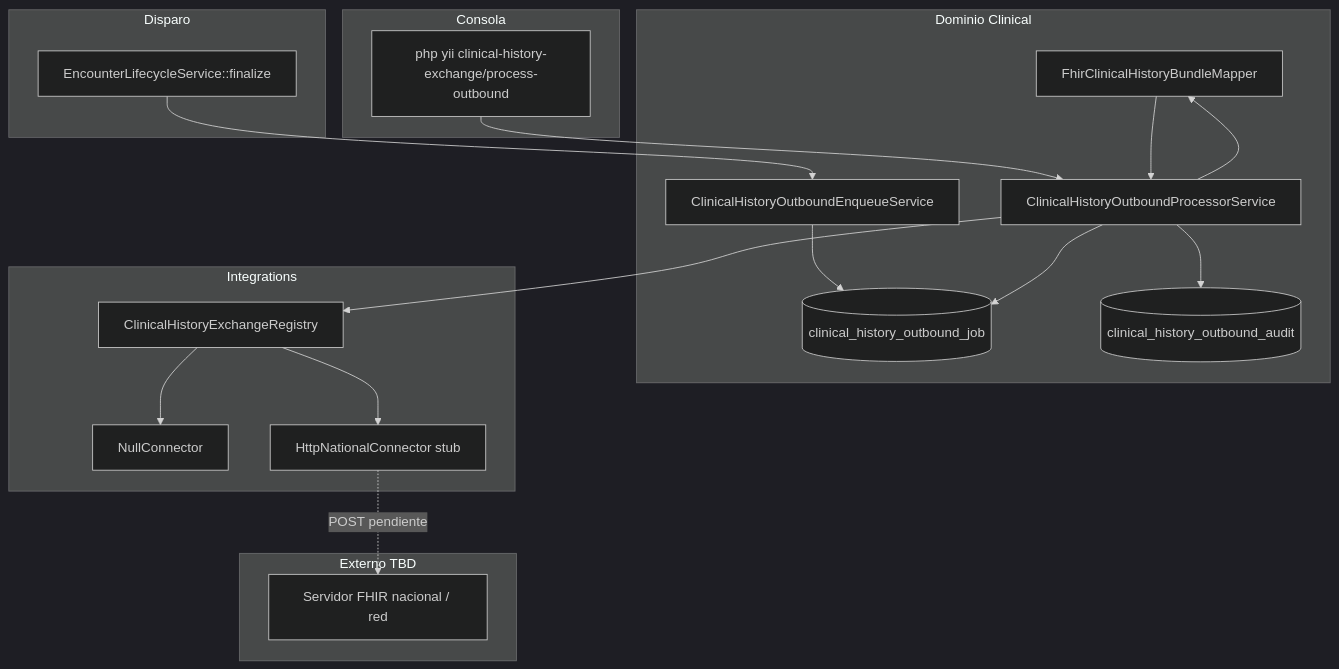
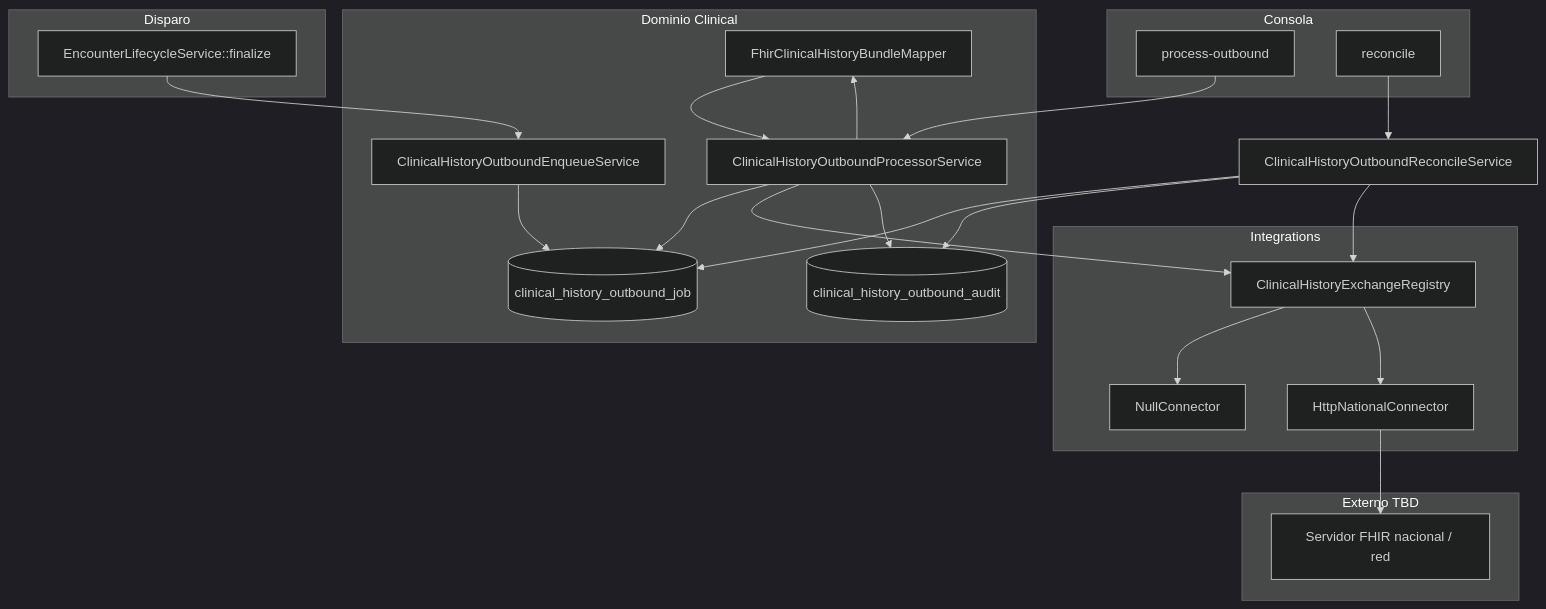
The diagram in web/docs/plans/interoperabilidad-historia-clinica/design.md (luischanferoni/bioenlace), drawn with Mermaid (dark theme) before and after one commit. The commit also changed other lines of this file and 5 other files, not shown here.

````diff
--- a/web/docs/plans/interoperabilidad-historia-clinica/design.md
+++ b/web/docs/plans/interoperabilidad-historia-clinica/design.md
@@ -15,36 +15,41 @@
 ```mermaid
 flowchart TB
   subgraph trigger [Disparo]
     FIN[EncounterLifecycleService::finalize]
   end
   subgraph domain [Dominio Clinical]
     ENQ[ClinicalHistoryOutboundEnqueueService]
     MAP[FhirClinicalHistoryBundleMapper]
     PROC[ClinicalHistoryOutboundProcessorService]
     JOB[(clinical_history_outbound_job)]
     AUD[(clinical_history_outbound_audit)]
   end
   subgraph integration [Integrations]
     REG[ClinicalHistoryExchangeRegistry]
     NULL[NullConnector]
-    HTTP[HttpNationalConnector stub]
+    HTTP[HttpNationalConnector]
   end
   subgraph external [Externo TBD]
     GOV[Servidor FHIR nacional / red]
   end
   subgraph cron [Consola]
-    CLI[php yii clinical-history-exchange/process-outbound]
+    CLI_OUT[process-outbound]
+    CLI_REC[reconcile]
   end
 
   FIN --> ENQ
   ENQ --> JOB
-  CLI --> PROC
+  CLI_OUT --> PROC
+  CLI_REC --> REC[ClinicalHistoryOutboundReconcileService]
   PROC --> JOB
   PROC --> MAP
   MAP --> PROC
   PROC --> REG
   REG --> NULL
   REG --> HTTP
-  HTTP -.->|POST pendiente| GOV
+  HTTP --> GOV
+  REC --> REG
+  REC --> JOB
   PROC --> AUD
+  REC --> AUD
 ```
````
